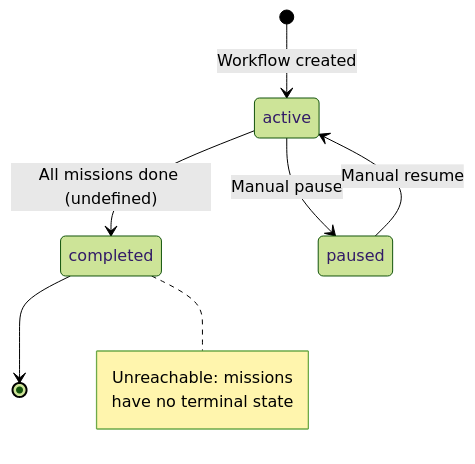
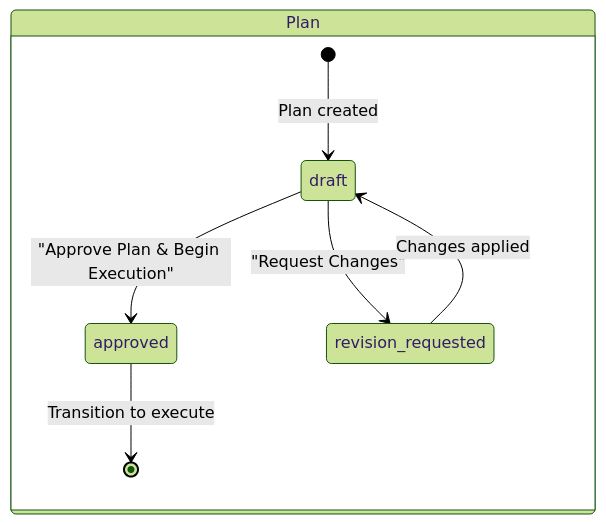
One commit to 45ck/mission-control-ui changed the second of 9 diagrams in docs/hci/state-model.md. Above: the diagram before and after it, drawn with Mermaid (forest theme). The commit also changed other lines of this file and 51 other files, not shown here.

````diff
--- a/docs/hci/state-model.md
+++ b/docs/hci/state-model.md
@@ -195,13 +66,10 @@
 ```mermaid
 stateDiagram-v2
-    [*] --> active : Workflow created
-    active --> completed : All missions done (undefined)
-    active --> paused : Manual pause
-    paused --> active : Manual resume
-    completed --> [*]
-
-    note right of completed
-        Unreachable: missions
-        have no terminal state
-    end note
+    state Plan {
+        [*] --> draft : Plan created
+        draft --> approved : "Approve Plan & Begin Execution"
+        draft --> revision_requested : "Request Changes"
+        revision_requested --> draft : Changes applied
+        approved --> [*] : Transition to execute
+    }
 ```
````
